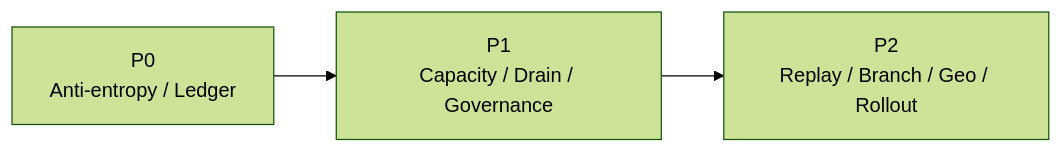
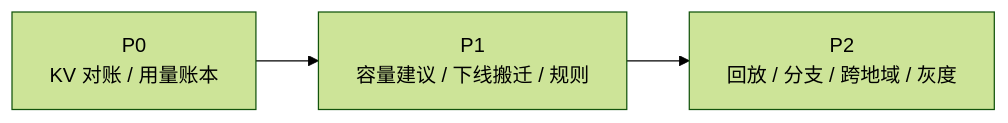
The sixth of 6 diagrams in kvcm/design/D9-kv-services.md (5x8-40/lake), drawn with Mermaid (forest theme) before and after one commit. The commit also changed other lines of this file and 3 other files, not shown here.

````diff
--- a/kvcm/design/D9-kv-services.md
+++ b/kvcm/design/D9-kv-services.md
@@ -314,5 +328,5 @@
 ```mermaid
 flowchart LR
-    P0["P0<br/>Anti-entropy / Ledger"] --> P1["P1<br/>Capacity / Drain / Governance"]
-    P1 --> P2["P2<br/>Replay / Branch / Geo / Rollout"]
+    P0["P0<br/>KV 对账 / 用量账本"] --> P1["P1<br/>容量建议 / 下线搬迁 / 规则"]
+    P1 --> P2["P2<br/>回放 / 分支 / 跨地域 / 灰度"]
 ```
````
